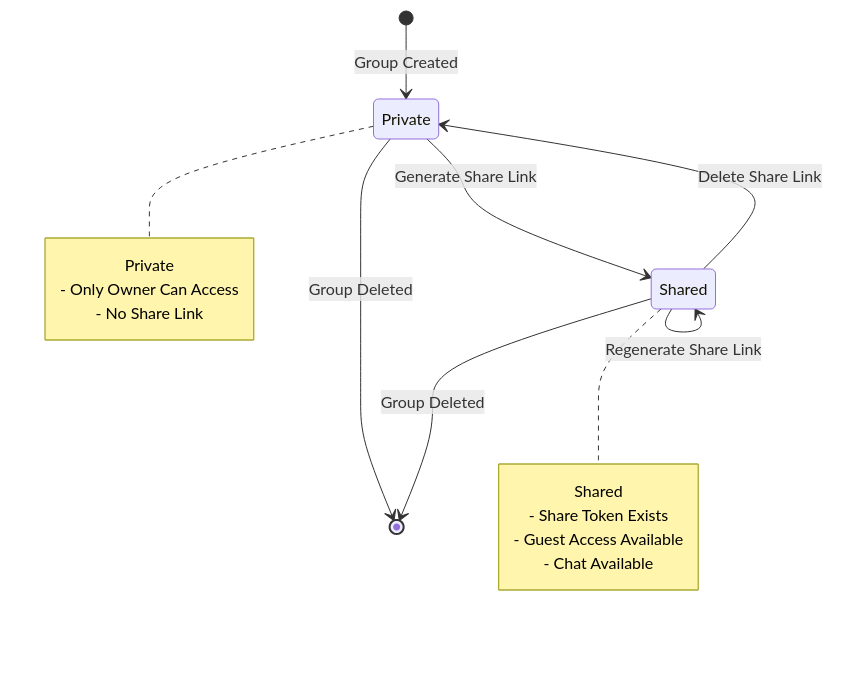
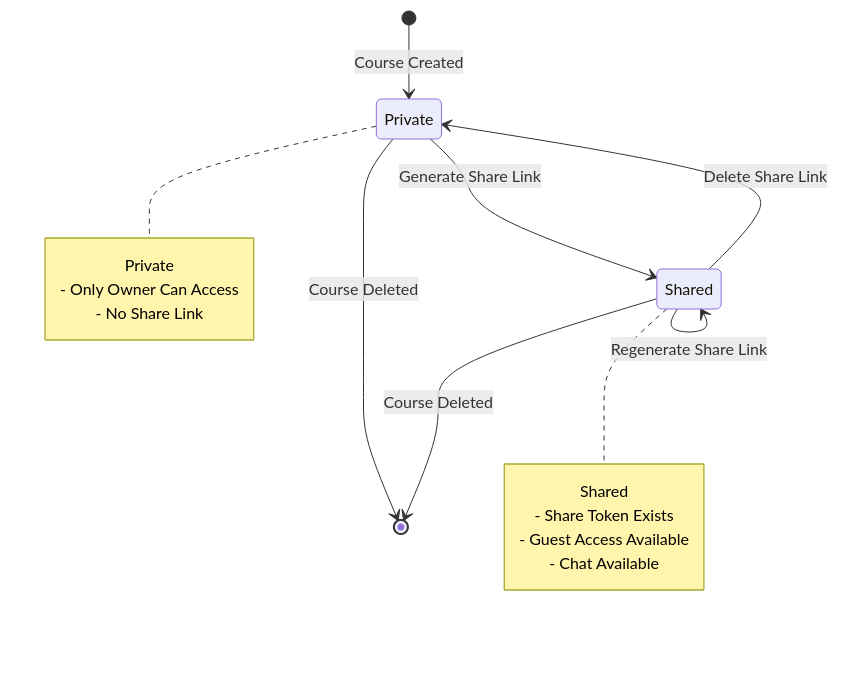
Before and after one commit to yukiharada1228/videoq: the third of 6 diagrams in docs/design/state-diagram.md, drawn with Mermaid. The commit also changed other lines of this file and 140 other files, not shown here.

````diff
--- a/docs/design/state-diagram.md
+++ b/docs/design/state-diagram.md
@@ -111,24 +111,24 @@
 ```mermaid
 stateDiagram-v2
-    [*] --> Private: Group Created
+    [*] --> Private: Course Created
     
     Private --> Shared: Generate Share Link
     Shared --> Private: Delete Share Link
     Shared --> Shared: Regenerate Share Link
     
-    Private --> [*]: Group Deleted
-    Shared --> [*]: Group Deleted
+    Private --> [*]: Course Deleted
+    Shared --> [*]: Course Deleted
     
     note right of Private
         Private
         - Only Owner Can Access
         - No Share Link
     end note
     
     note right of Shared
         Shared
         - Share Token Exists
         - Guest Access Available
         - Chat Available
     end note
 ```
````
